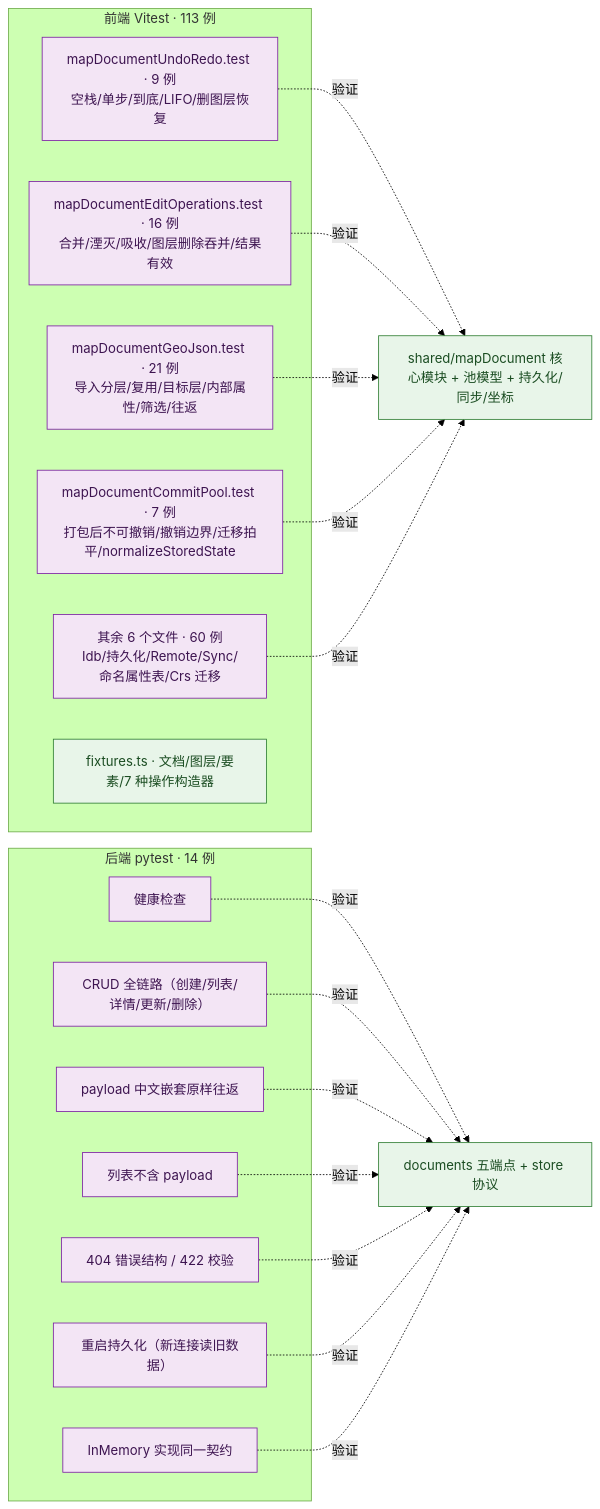
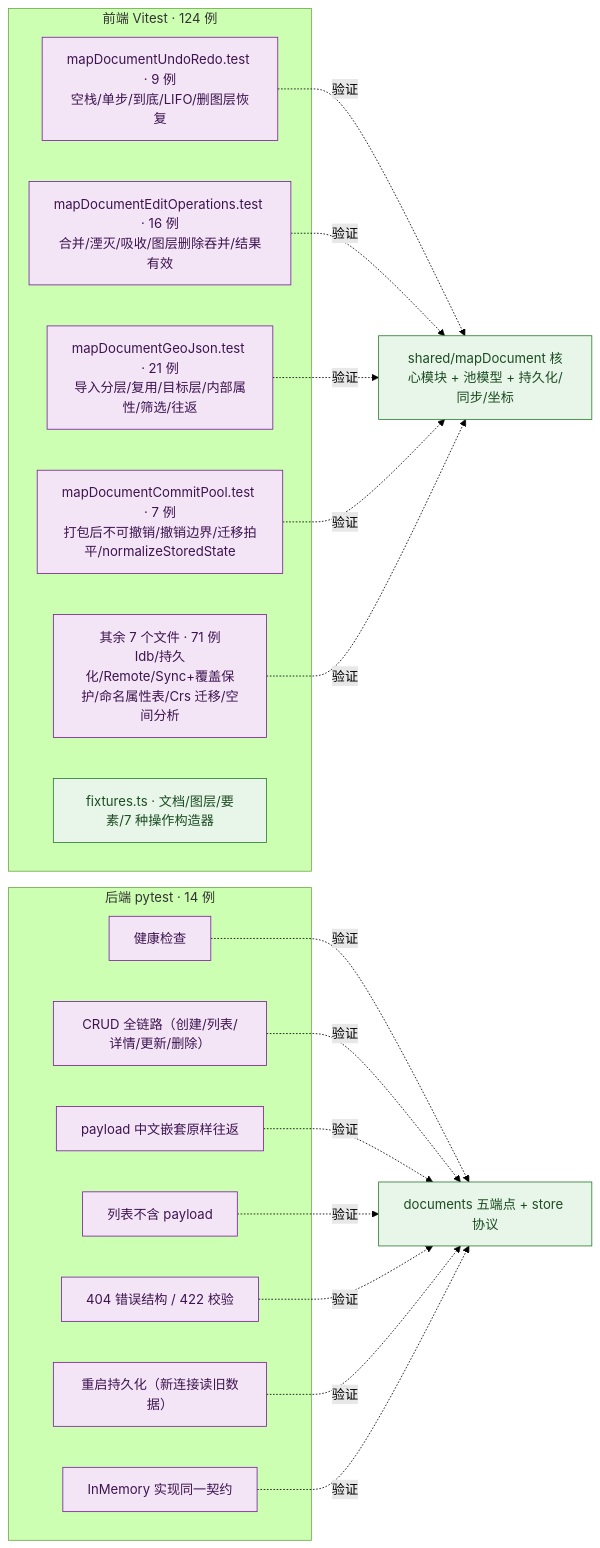
Before and after one commit to huahuajiji/agentgis-frontend: the tenth of 10 diagrams in docs/前后端详细架构.md, drawn with Mermaid (forest theme). The commit also changed other lines of this file and 14 other files, not shown here.

````diff
--- a/docs/前后端详细架构.md
+++ b/docs/前后端详细架构.md
@@ -436,27 +445,27 @@
 ```mermaid
 flowchart LR
-    subgraph FVT["前端 Vitest · 113 例"]
+    subgraph FVT["前端 Vitest · 124 例"]
         T1["mapDocumentUndoRedo.test · 9 例<br/>空栈/单步/到底/LIFO/删图层恢复"]
         T2["mapDocumentEditOperations.test · 16 例<br/>合并/湮灭/吸收/图层删除吞并/结果有效"]
         T3["mapDocumentGeoJson.test · 21 例<br/>导入分层/复用/目标层/内部属性/筛选/往返"]
         T4["mapDocumentCommitPool.test · 7 例<br/>打包后不可撤销/撤销边界/迁移拍平/normalizeStoredState"]
-        T6["其余 6 个文件 · 60 例<br/>Idb/持久化/Remote/Sync/命名属性表/Crs 迁移"]
+        T6["其余 7 个文件 · 71 例<br/>Idb/持久化/Remote/Sync+覆盖保护/命名属性表/Crs 迁移/空间分析"]
         T5["fixtures.ts · 文档/图层/要素/7 种操作构造器"]
     end
     subgraph BPT["后端 pytest · 14 例"]
         B1["健康检查"]
         B2["CRUD 全链路（创建/列表/详情/更新/删除）"]
         B3["payload 中文嵌套原样往返"]
         B4["列表不含 payload"]
         B5["404 错误结构 / 422 校验"]
         B6["重启持久化（新连接读旧数据）"]
         B7["InMemory 实现同一契约"]
     end
     T1 & T2 & T3 & T4 & T6 -.验证.-> PURE2["shared/mapDocument 核心模块 + 池模型 + 持久化/同步/坐标"]
     B1 & B2 & B3 & B4 & B5 & B6 & B7 -.验证.-> BE2["documents 五端点 + store 协议"]
 
     classDef t fill:#f3e5f5,stroke:#7b1fa2,color:#3d1450;
     classDef m fill:#e8f5e9,stroke:#2e7d32,color:#1b4d22;
     class T1,T2,T3,T4,T6,B1,B2,B3,B4,B5,B6,B7 t;
     class T5,PURE2,BE2 m;
 ```
````
